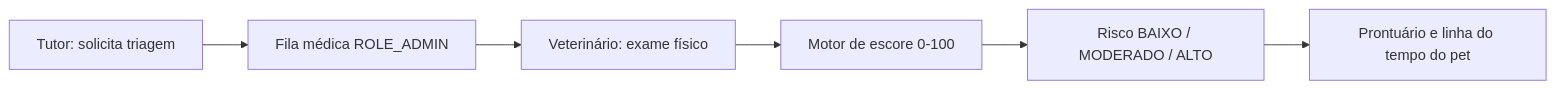
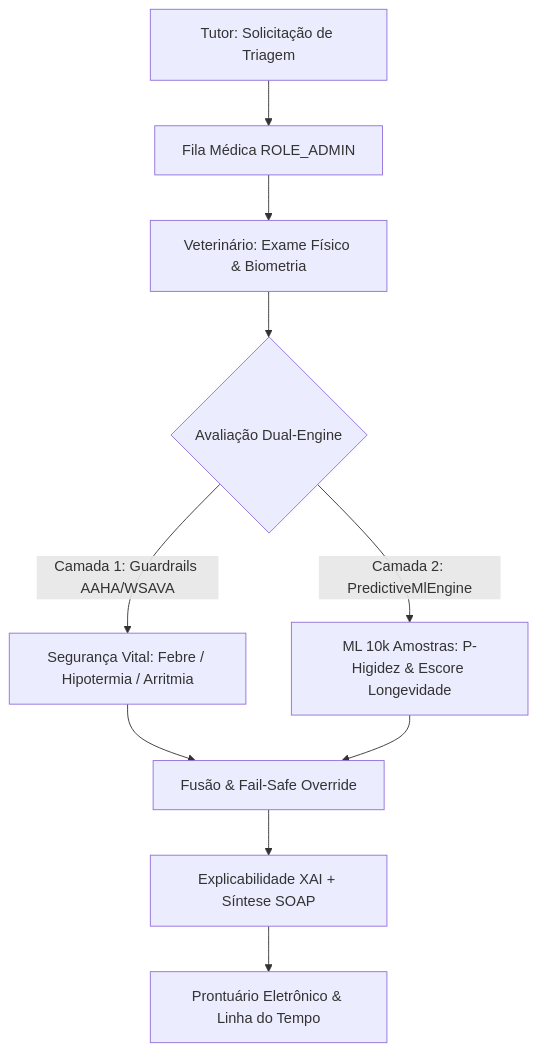
Before and after one commit to Gabriel-Maciel06/clyvo-vet-web-v2: the diagram in README.md, drawn with Mermaid. The commit also changed other lines of this file and 10 other files, not shown here.

Commit message:
feat(ai): implementa arquitetura dual-engine com machine learning probabilistico e guardrails clinicos

````diff
--- a/README.md
+++ b/README.md
@@ -210,8 +221,12 @@
 ```mermaid
-graph LR
-    A[Tutor: solicita triagem] --> B[Fila médica ROLE_ADMIN]
-    B --> C[Veterinário: exame físico]
-    C --> D[Motor de escore 0-100]
-    D --> E[Risco BAIXO / MODERADO / ALTO]
-    E --> F[Prontuário e linha do tempo do pet]
+graph TD
+    A[Tutor: Solicitação de Triagem] --> B[Fila Médica ROLE_ADMIN]
+    B --> C[Veterinário: Exame Físico & Biometria]
+    C --> D{Avaliação Dual-Engine}
+    D -->|Camada 1: Guardrails AAHA/WSAVA| E[Segurança Vital: Febre / Hipotermia / Arritmia]
+    D -->|Camada 2: PredictiveMlEngine| F[ML 10k Amostras: P-Higidez & Escore Longevidade]
+    E --> G[Fusão & Fail-Safe Override]
+    F --> G
+    G --> H[Explicabilidade XAI + Síntese SOAP]
+    H --> I[Prontuário Eletrônico & Linha do Tempo]
 ```
````
